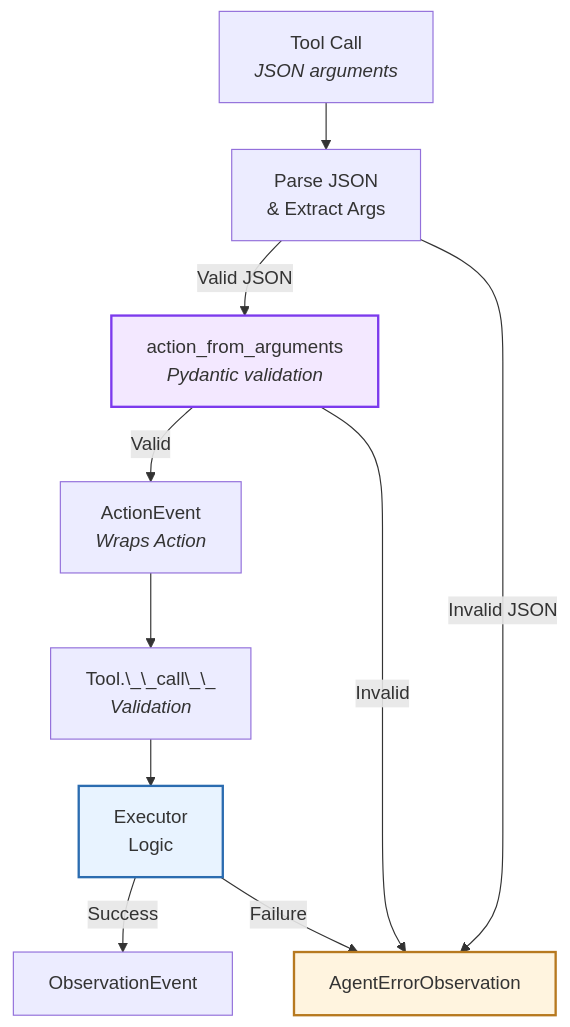
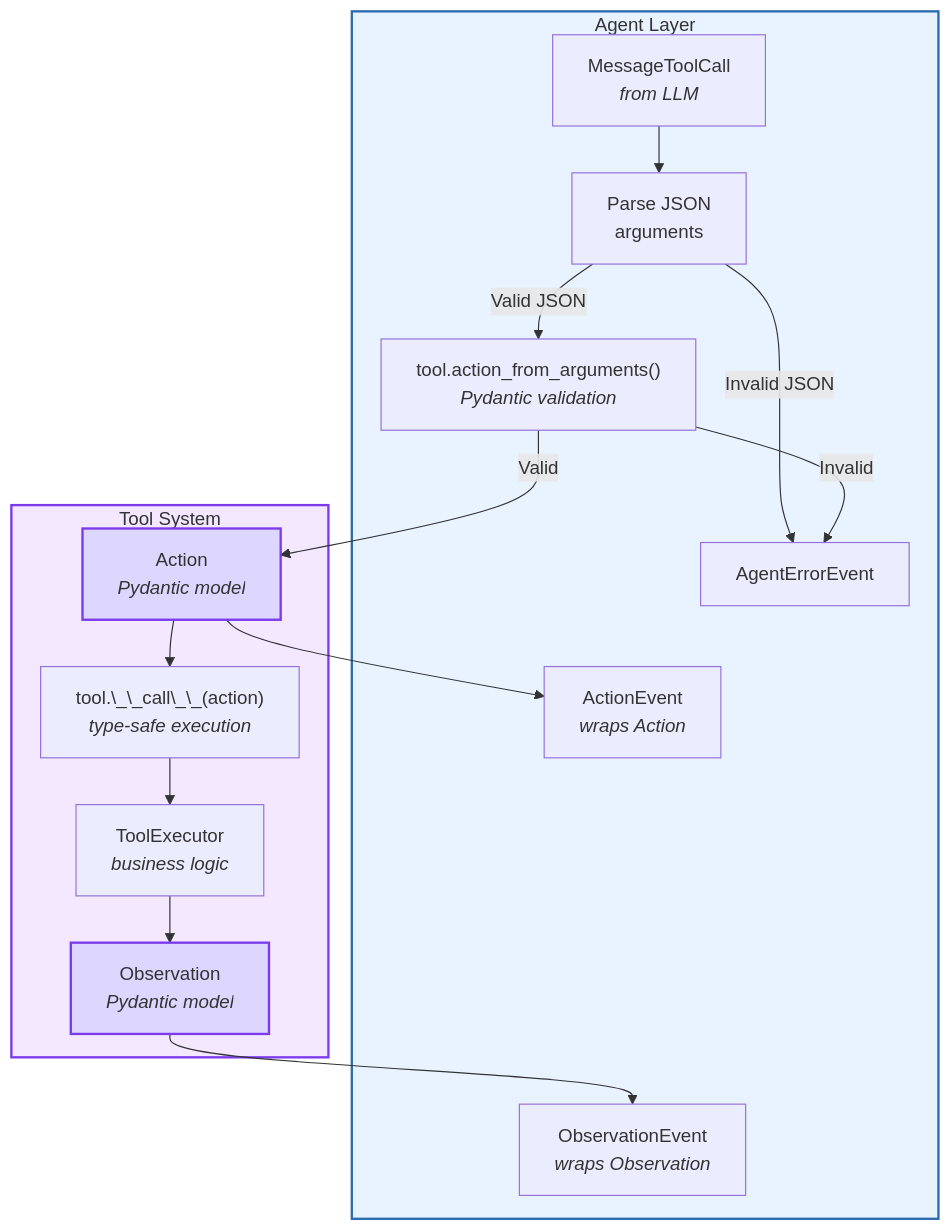
One commit to OpenHands/docs changed the second of 10 diagrams in sdk/arch/tool-system.mdx. Above: the diagram before and after it, drawn with Mermaid. The commit also changed other lines of this file, not shown here.

Commit message:
done with tool system

````diff
--- a/sdk/arch/tool-system.mdx
+++ b/sdk/arch/tool-system.mdx
@@ -77,26 +79,35 @@
 ```mermaid
 %%{init: {"theme": "default", "flowchart": {"nodeSpacing": 30, "rankSpacing": 40}} }%%
 flowchart TB
-    ToolCall["Tool Call<br><i>JSON arguments</i>"]
-    ParseJSON["Parse JSON<br>& Extract Args"]
-    CreateAction["action_from_arguments<br><i>Pydantic validation</i>"]
-    ActionEvent["ActionEvent<br><i>Wraps Action</i>"]
-    ToolCall2["Tool.\_\_call\_\_<br><i>Validation</i>"]
-    Execute["Executor<br>Logic"]
-    ObsEvent["ObservationEvent"]
-    Error["AgentErrorObservation<br>"]
+    subgraph Agent["Agent Layer"]
+        ToolCall["MessageToolCall<br><i>from LLM</i>"]
+        ParseJSON["Parse JSON<br>arguments"]
+        CreateAction["tool.action_from_arguments()<br><i>Pydantic validation</i>"]
+        WrapAction["ActionEvent<br><i>wraps Action</i>"]
+        WrapObs["ObservationEvent<br><i>wraps Observation</i>"]
+        Error["AgentErrorEvent"]
+    end
+    
+    subgraph ToolSystem["Tool System"]
+        ActionType["Action<br><i>Pydantic model</i>"]
+        ToolCall2["tool.\_\_call\_\_(action)<br><i>type-safe execution</i>"]
+        Execute["ToolExecutor<br><i>business logic</i>"]
+        ObsType["Observation<br><i>Pydantic model</i>"]
+    end
     
     ToolCall --> ParseJSON
     ParseJSON -->|Valid JSON| CreateAction
     ParseJSON -->|Invalid JSON| Error
-    CreateAction -->|Valid| ActionEvent
+    CreateAction -->|Valid| ActionType
     CreateAction -->|Invalid| Error
-    ActionEvent --> ToolCall2
+    ActionType --> WrapAction
+    ActionType --> ToolCall2
     ToolCall2 --> Execute
-    Execute -->|Success| ObsEvent
-    Execute -->|Failure| Error
+    Execute --> ObsType
+    ObsType --> WrapObs
     
-    style CreateAction fill:#f3e8ff,stroke:#7c3aed,stroke-width:2px
-    style Execute fill:#e8f3ff,stroke:#2b6cb0,stroke-width:2px
-    style Error fill:#fff4df,stroke:#b7791f,stroke-width:2px
+    style ToolSystem fill:#f3e8ff,stroke:#7c3aed,stroke-width:2px
+    style Agent fill:#e8f3ff,stroke:#2b6cb0,stroke-width:2px
+    style ActionType fill:#ddd6fe,stroke:#7c3aed,stroke-width:2px
+    style ObsType fill:#ddd6fe,stroke:#7c3aed,stroke-width:2px
 ```
````
